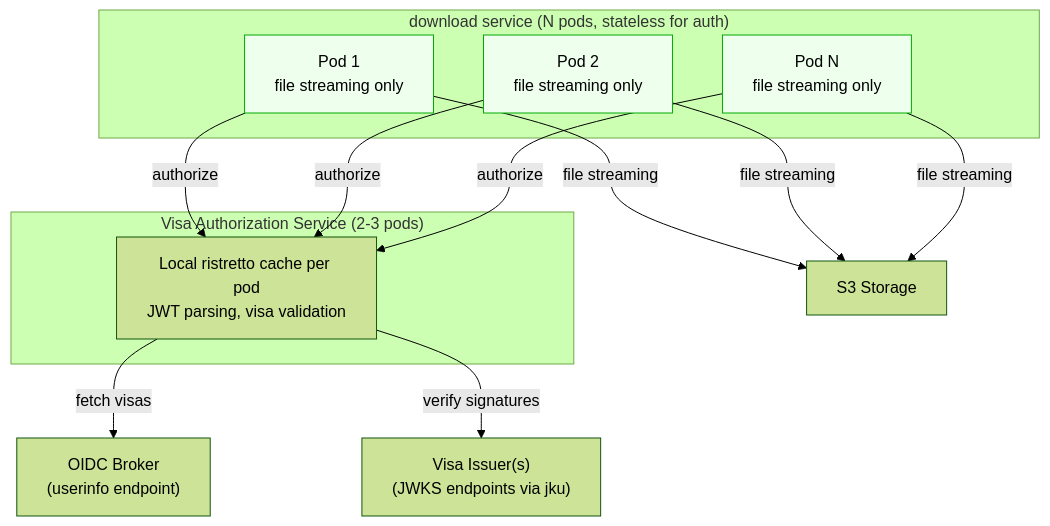
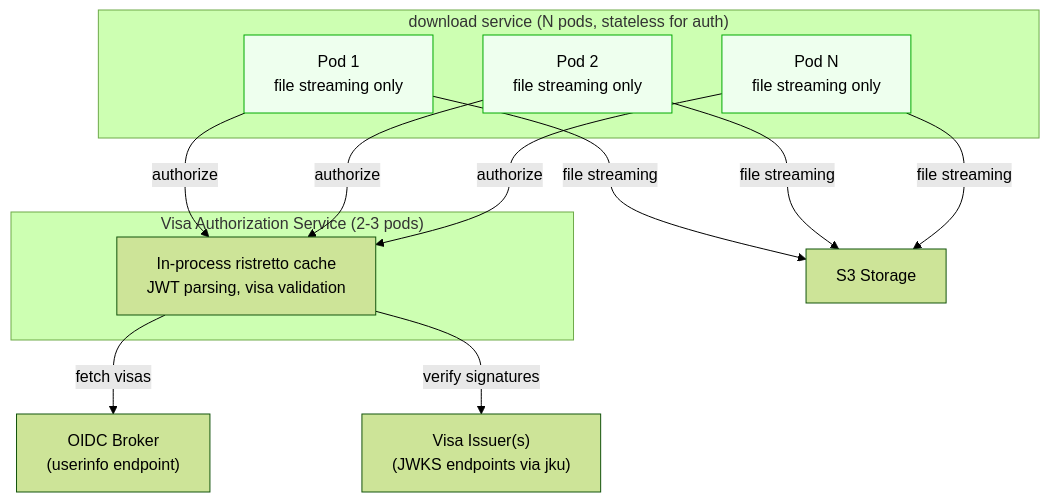
One commit to neicnordic/sensitive-data-archive changed the second of 2 diagrams in docs/decisions/0004-separate-passport-clearinghouse-service.md. Above: the diagram before and after it, drawn with Mermaid (forest theme). The commit also changed other lines of this file, not shown here.

````diff
--- a/docs/decisions/0004-separate-passport-clearinghouse-service.md
+++ b/docs/decisions/0004-separate-passport-clearinghouse-service.md
@@ -148,29 +151,29 @@
 ```mermaid
 graph TB
     subgraph "Visa Authorization Service (2-3 pods)"
-        CH["Local ristretto cache per pod<br/>JWT parsing, visa validation"]
+        CH["In-process ristretto cache<br/>JWT parsing, visa validation"]
     end
 
     subgraph "download service (N pods, stateless for auth)"
         D1["Pod 1<br/>file streaming only"]
         D2["Pod 2<br/>file streaming only"]
         DN["Pod N<br/>file streaming only"]
     end
 
     OIDC["OIDC Broker<br/>(userinfo endpoint)"]
     JWKS["Visa Issuer(s)<br/>(JWKS endpoints via jku)"]
     S3["S3 Storage"]
 
     D1 -->|"authorize"| CH
     D2 -->|"authorize"| CH
     DN -->|"authorize"| CH
     CH -->|"fetch visas"| OIDC
     CH -->|"verify signatures"| JWKS
     D1 -->|"file streaming"| S3
     D2 -->|"file streaming"| S3
     DN -->|"file streaming"| S3
 
     style D1 fill:#efe,stroke:#0a0
     style D2 fill:#efe,stroke:#0a0
     style DN fill:#efe,stroke:#0a0
 ```
````
